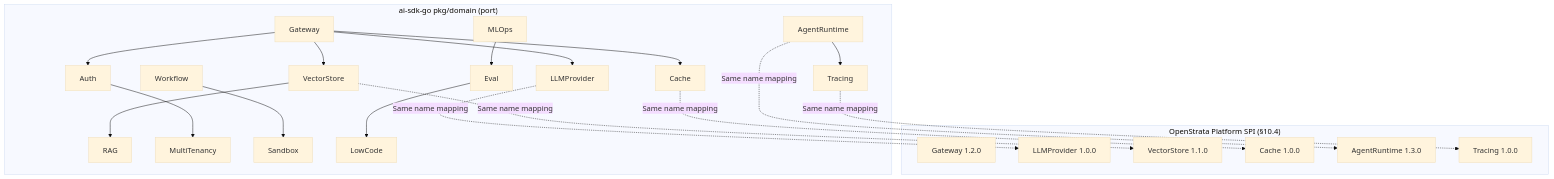
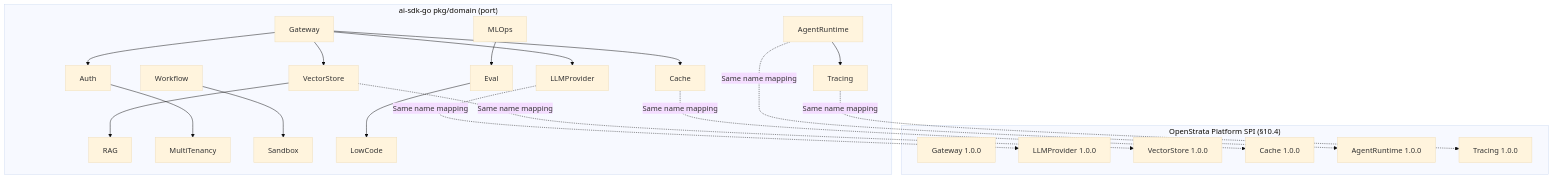
The third of 4 diagrams in design/DESIGN.md (open-strata-ai/ai-sdk-go), drawn with Mermaid (base theme) before and after one commit. The commit also changed other lines of this file and 4 other files, not shown here.

````diff
--- a/design/DESIGN.md
+++ b/design/DESIGN.md
@@ -339,22 +339,22 @@
 ```mermaid
 graph TB
     subgraph "ai-sdk-go pkg/domain (port)"
         G["Gateway"] --> LP["LLMProvider"]
         G --> VS["VectorStore"] --> RAG["RAG"]
         G --> CA["Cache"]
         AR["AgentRuntime"] --> T["Tracing"]
         G --> AUTH["Auth"] --> MT["MultiTenancy"]
         WF["Workflow"] --> SB["Sandbox"]
         ML["MLOps"] --> EV["Eval"] --> LC["LowCode"]
     end
     subgraph "OpenStrata Platform SPI (§10.4)"
-        PG["Gateway 1.2.0"]; PLP["LLMProvider 1.0.0"]
-        PVS["VectorStore 1.1.0"]; PCA["Cache 1.0.0"]
-        PAR["AgentRuntime 1.3.0"]; PTR["Tracing 1.0.0"]
+        PG["Gateway 1.0.0"]; PLP["LLMProvider 1.0.0"]
+        PVS["VectorStore 1.0.0"]; PCA["Cache 1.0.0"]
+        PAR["AgentRuntime 1.0.0"]; PTR["Tracing 1.0.0"]
     end
     LP -.->|"Same name mapping"| PLP
     VS -.->|"Same name mapping"| PVS
     CA -.->|"Same name mapping"| PCA
     AR -.->|"Same name mapping"| PAR
     T  -.->|"Same name mapping"| PTR
 ```
````
